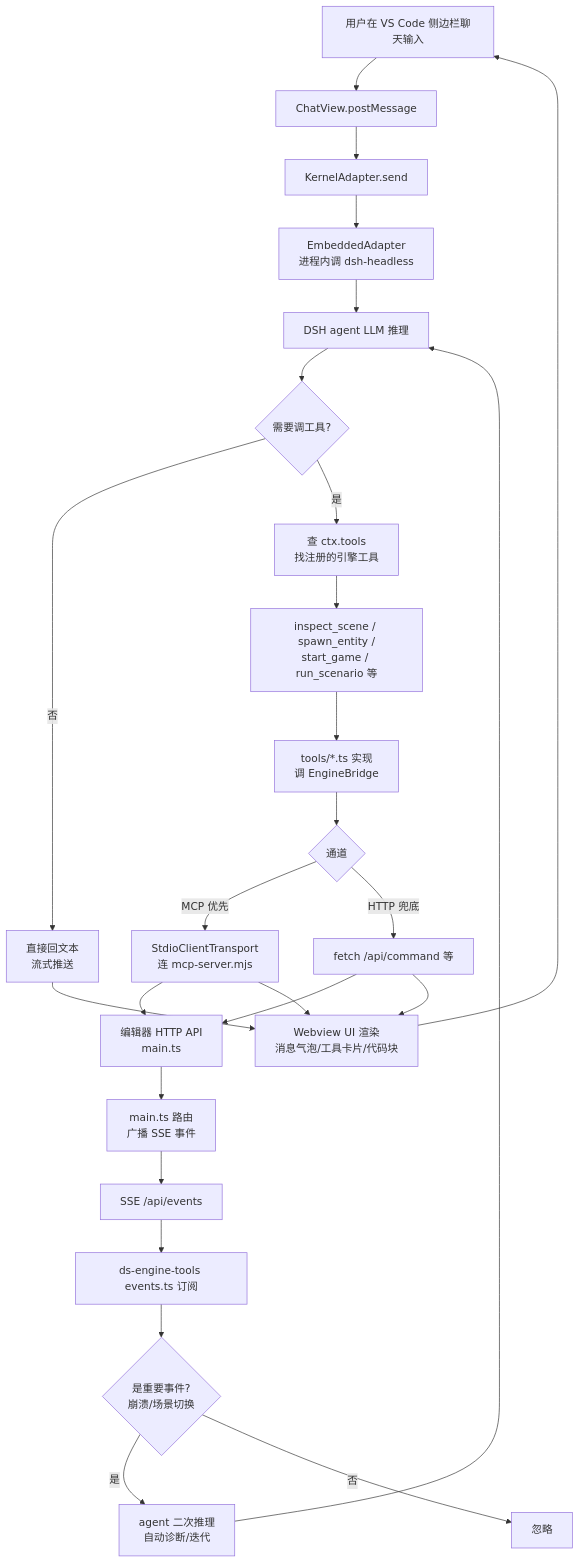
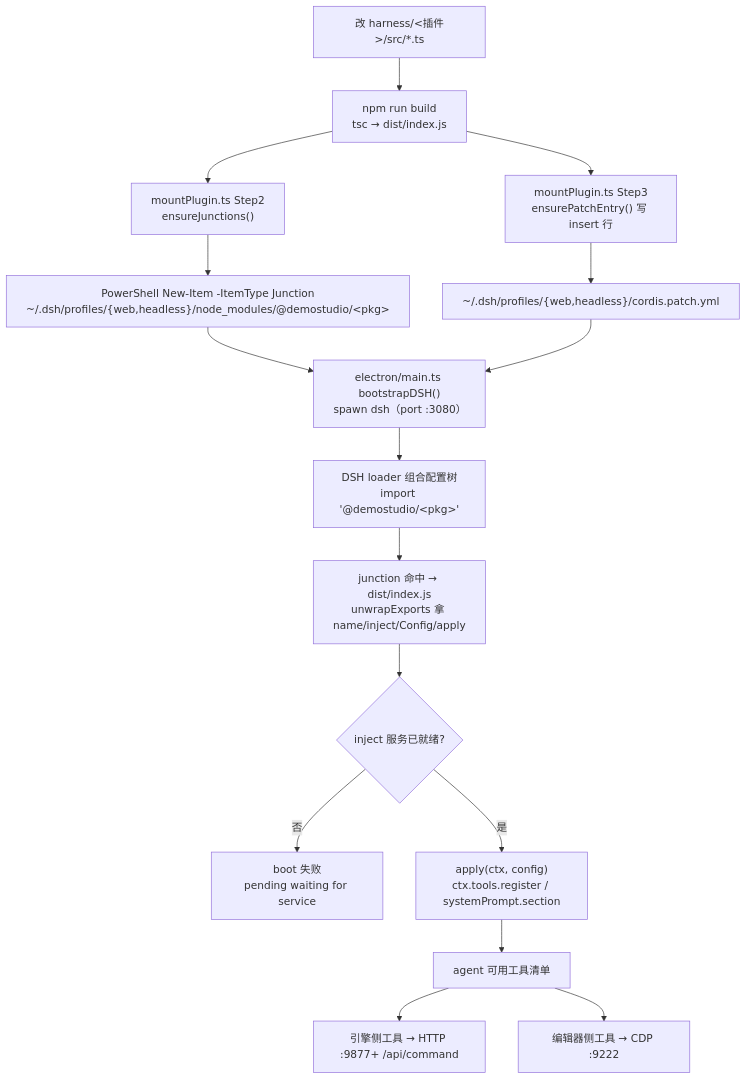
The diagram in doc/harness/harness_system.md (Kaplc/DemoStudio), drawn with Mermaid before and after one commit. The commit also changed other lines of this file and 38 other files, not shown here.

````diff
--- a/doc/harness/harness_system.md
+++ b/doc/harness/harness_system.md
@@ -212,28 +68,18 @@
 ```mermaid
 flowchart TD
-    A[用户在 VS Code 侧边栏聊天输入] --> B[ChatView.postMessage]
-    B --> C[KernelAdapter.send]
-    C --> D[EmbeddedAdapter<br/>进程内调 dsh-headless]
-    D --> E[DSH agent LLM 推理]
-    E --> F{需要调工具?}
-    F -- 否 --> G[直接回文本<br/>流式推送]
-    F -- 是 --> H[查 ctx.tools<br/>找注册的引擎工具]
-    H --> I[inspect_scene / spawn_entity /<br/>start_game / run_scenario 等]
-    I --> J[tools/*.ts 实现<br/>调 EngineBridge]
-    J --> K{通道}
-    K -- MCP 优先 --> L[StdioClientTransport<br/>连 mcp-server.mjs]
-    K -- HTTP 兜底 --> M[fetch /api/command 等]
-    L --> N[编辑器 HTTP API<br/>main.ts]
-    M --> N
-    N --> O[main.ts 路由<br/>广播 SSE 事件]
-    O --> P[SSE /api/events]
-    P --> Q[ds-engine-tools events.ts 订阅]
-    Q --> R{是重要事件?<br/>崩溃/场景切换}
-    R -- 是 --> S[agent 二次推理<br/>自动诊断/迭代]
-    R -- 否 --> T[忽略]
-    S --> E
-    G --> U[Webview UI 渲染<br/>消息气泡/工具卡片/代码块]
-    L --> U
-    M --> U
-    U --> A
+    A["改 harness/&lt;插件&gt;/src/*.ts"] --> B["npm run build<br/>tsc → dist/index.js"]
+    B --> C["mountPlugin.ts Step2<br/>ensureJunctions()"]
+    C --> D["PowerShell New-Item -ItemType Junction<br/>~/.dsh/profiles/{web,headless}/node_modules/@demostudio/&lt;pkg&gt;"]
+    B --> E["mountPlugin.ts Step3<br/>ensurePatchEntry() 写 insert 行"]
+    E --> F["~/.dsh/profiles/{web,headless}/cordis.patch.yml"]
+    D --> G["electron/main.ts bootstrapDSH()<br/>spawn dsh（port :3080）"]
+    F --> G
+    G --> H["DSH loader 组合配置树<br/>import '@demostudio/&lt;pkg&gt;'"]
+    H --> I["junction 命中 → dist/index.js<br/>unwrapExports 拿 name/inject/Config/apply"]
+    I --> J{"inject 服务已就绪?"}
+    J -->|否| X["boot 失败<br/>pending waiting for service"]
+    J -->|是| K["apply(ctx, config)<br/>ctx.tools.register / systemPrompt.section"]
+    K --> L["agent 可用工具清单"]
+    L --> M["引擎侧工具 → HTTP :9877+ /api/command"]
+    L --> N["编辑器侧工具 → CDP :9222"]
 ```
````
